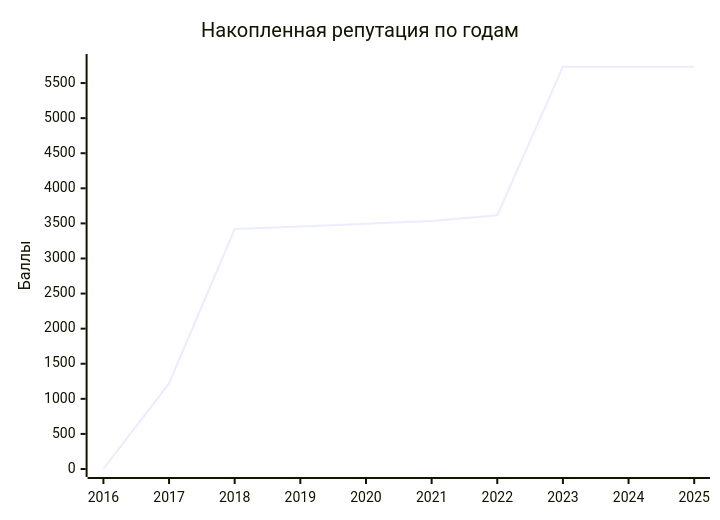
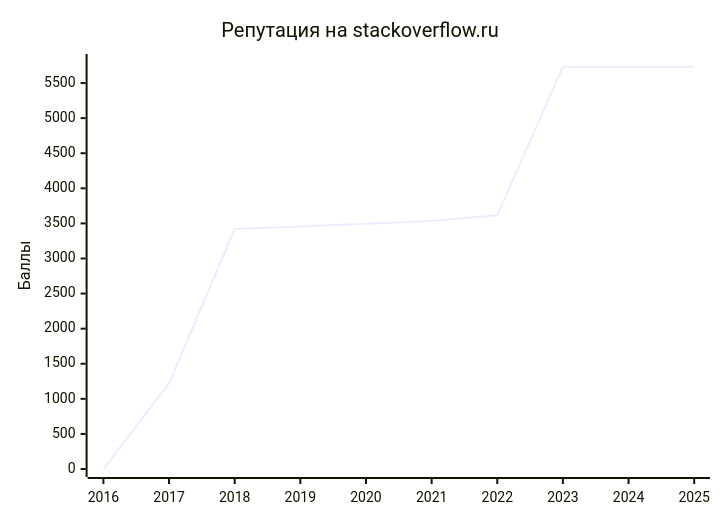
One commit to Goodzonchik/Goodzonchik changed the second of 4 diagrams in README.md. Above: the diagram before and after it, drawn with Mermaid. The commit also changed other lines of this file, not shown here.

````diff
--- a/README.md
+++ b/README.md
@@ -37,7 +35,7 @@
 ```mermaid
 xychart-beta
-    title "Накопленная репутация по годам"
+    title "Репутация на stackoverflow.ru"
     x-axis ["2016", "2017", "2018", "2019", "2020", "2021", "2022", "2023", "2024", "2025"]
     y-axis "Баллы" 0 --> 5800
     line [0, 1220, 3420, 3455, 3495, 3535, 3615, 5733, 5733, 5733]
 ```
````
